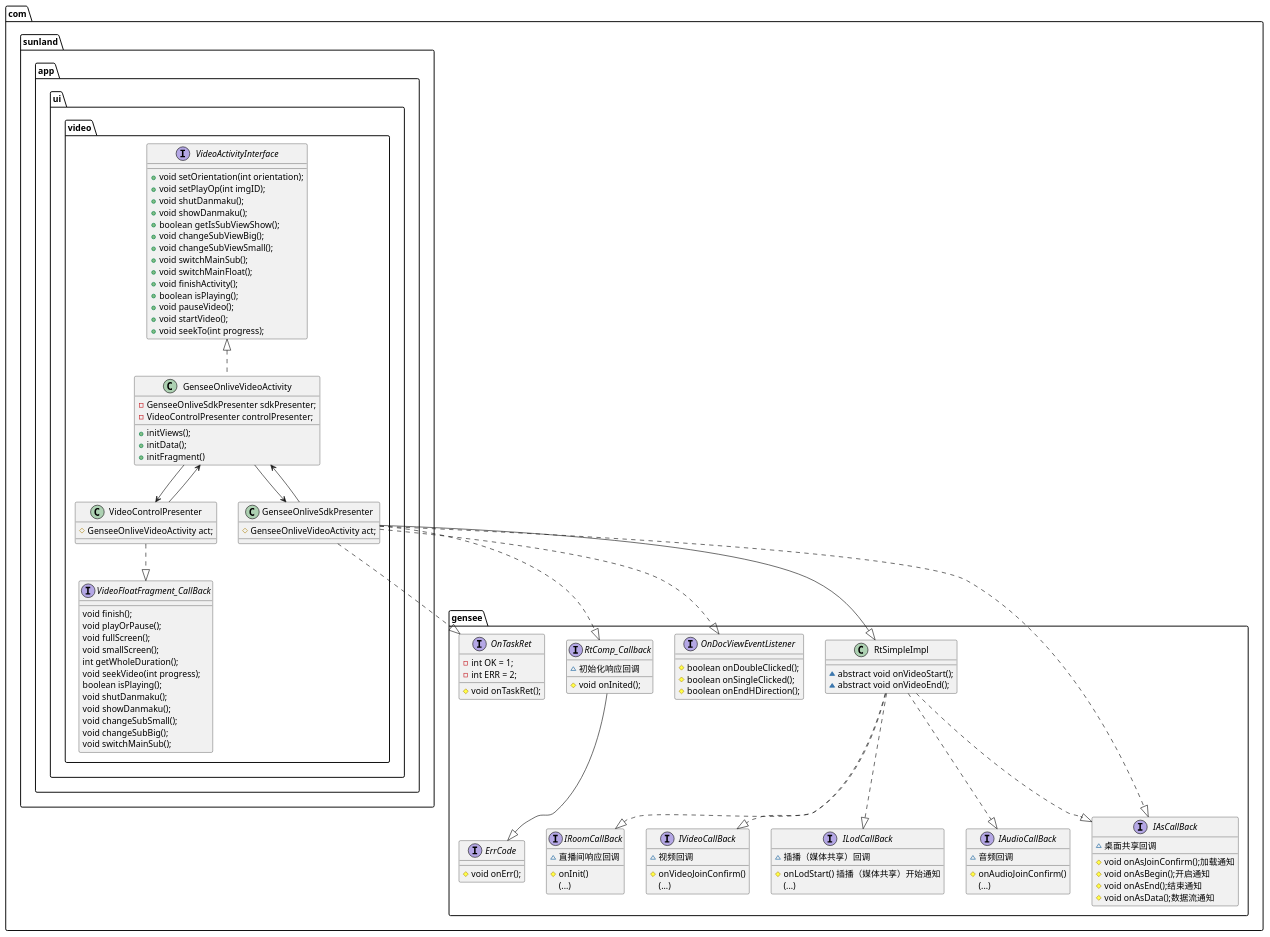
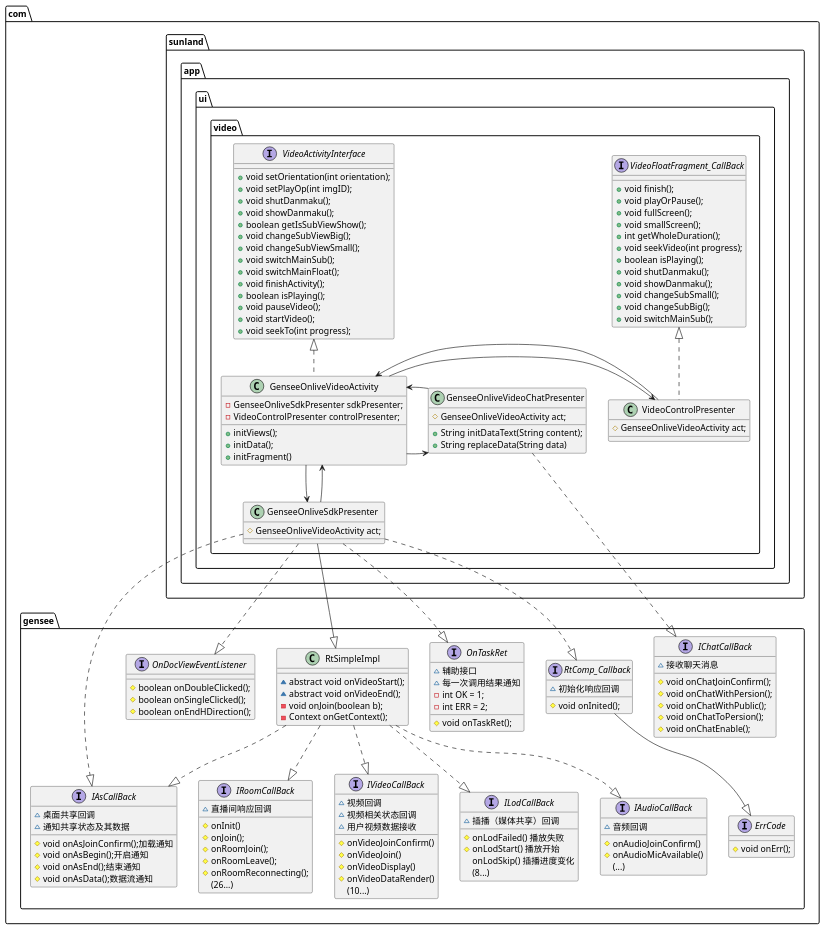
One commit to nvgtor/res changed the diagram in GenseeOnliveVideoActivity.puml. Above: the diagram before and after it, drawn with PlantUML. The commit also changed 1 other file, not shown here.

Commit message:
live video

```diff
--- a/GenseeOnliveVideoActivity.puml
+++ b/GenseeOnliveVideoActivity.puml
@@ -1,130 +1,166 @@
 @startuml
 
 package com.gensee{
 class RtSimpleImpl{
 ~abstract void onVideoStart();
 ~abstract void onVideoEnd();
+-void onJoin(boolean b);
+-Context onGetContext();
 }
 interface IRoomCallBack{
  ~直播间响应回调
  #onInit()
- (...)
+ #onJoin();
+ #onRoomJoin();
+ #onRoomLeave();
+ #onRoomReconnecting();
+ (26...)
 }
 interface IVideoCallBack{
 ~视频回调
+~视频相关状态回调
+~用户视频数据接收
 #onVideoJoinConfirm()
-(...)
+#onVideoJoin()
+#onVideoDisplay()
+#onVideoDataRender()
+(10...)
 }
 interface ILodCallBack{
 ~插播（媒体共享）回调
-#onLodStart() 插播（媒体共享）开始通知
-(...)
+#onLodFailed() 播放失败
+#onLodStart() 播放开始
+onLodSkip() 插播进度变化
+(8...)
 }
 interface IAudioCallBack{
 ~音频回调
 #onAudioJoinConfirm()
+#onAudioMicAvailable()
 (...)
 }
 
 interface OnDocViewEventListener {
     #boolean onDoubleClicked();
     #boolean onSingleClicked();
     #boolean onEndHDirection();
 }
 interface ErrCode{
     #void onErr();
 }
 interface RtComp_Callback{
     ~初始化响应回调
     #void onInited();
 }
 interface OnTaskRet {
+    ~辅助接口
+    ~每一次调用结果通知
     -int OK = 1;
     -int ERR = 2;
     #void onTaskRet();
 }
 
 interface IAsCallBack {
     ~桌面共享回调
+    ~通知共享状态及其数据
     #void onAsJoinConfirm();加载通知
     #void onAsBegin();开启通知
     #void onAsEnd();结束通知
     #void onAsData();数据流通知
+}
+
+interface IChatCallBack {
+    ~接收聊天消息
+    #void onChatJoinConfirm();
+    #void onChatWithPersion();
+    #void onChatWithPublic();
+    #void onChatToPersion();
+    #void onChatEnable();
 }
 
 }
 
 package com.sunland.app.ui.video{
 interface VideoActivityInterface {
     +void setOrientation(int orientation);
     +void setPlayOp(int imgID);
     +void shutDanmaku();
     +void showDanmaku();
     +boolean getIsSubViewShow();
     +void changeSubViewBig();
     +void changeSubViewSmall();
     +void switchMainSub();
     +void switchMainFloat();
     +void finishActivity();
     +boolean isPlaying();
     +void pauseVideo();
     +void startVideo();
     +void seekTo(int progress);
 }
 class GenseeOnliveVideoActivity{
     -GenseeOnliveSdkPresenter sdkPresenter;
     -VideoControlPresenter controlPresenter;
     +initViews();
     +initData();
     +initFragment()
 }
 
 class GenseeOnliveSdkPresenter{
 #GenseeOnliveVideoActivity act;
 }
 
+class GenseeOnliveVideoChatPresenter{
+#GenseeOnliveVideoActivity act;
++String initDataText(String content);
++String replaceData(String data)
+}
+
 class VideoControlPresenter{
 #GenseeOnliveVideoActivity act;
 }
 
 interface VideoFloatFragment_CallBack {
-        void finish();
-        void playOrPause();
-        void fullScreen();
-        void smallScreen();
-        int getWholeDuration();
-        void seekVideo(int progress);
-        boolean isPlaying();
-        void shutDanmaku();
-        void showDanmaku();
-        void changeSubSmall();
-        void changeSubBig();
-        void switchMainSub();
+        +void finish();
+        +void playOrPause();
+        +void fullScreen();
+        +void smallScreen();
+        +int getWholeDuration();
+        +void seekVideo(int progress);
+        +boolean isPlaying();
+        +void shutDanmaku();
+        +void showDanmaku();
+        +void changeSubSmall();
+        +void changeSubBig();
+        +void switchMainSub();
     }
 
 }
+GenseeOnliveVideoActivity .up.|> VideoActivityInterface
+GenseeOnliveVideoActivity -down->GenseeOnliveSdkPresenter
+GenseeOnliveVideoActivity -right->VideoControlPresenter
+GenseeOnliveVideoActivity-left->GenseeOnliveVideoChatPresenter
 
-VideoActivityInterface <|.. GenseeOnliveVideoActivity
-GenseeOnliveVideoActivity-->GenseeOnliveSdkPresenter
 GenseeOnliveSdkPresenter-->GenseeOnliveVideoActivity
-GenseeOnliveVideoActivity --> VideoControlPresenter
-VideoControlPresenter --> GenseeOnliveVideoActivity
-VideoControlPresenter ..|> VideoFloatFragment_CallBack
+GenseeOnliveVideoChatPresenter-->GenseeOnliveVideoActivity
+VideoControlPresenter-->GenseeOnliveVideoActivity
+
+VideoControlPresenter .up.|> VideoFloatFragment_CallBack
 
 RtSimpleImpl ..|> IRoomCallBack
 RtSimpleImpl ..|> IVideoCallBack
 RtSimpleImpl ..|> ILodCallBack
 RtSimpleImpl ..|> IAsCallBack
 RtSimpleImpl ..|> IAudioCallBack
 
 RtComp_Callback --|> ErrCode
 GenseeOnliveSdkPresenter --|> RtSimpleImpl
 GenseeOnliveSdkPresenter ..|> IAsCallBack
 GenseeOnliveSdkPresenter ..|> OnDocViewEventListener
 GenseeOnliveSdkPresenter ..|> RtComp_Callback
 GenseeOnliveSdkPresenter ..|> OnTaskRet
 
+GenseeOnliveVideoChatPresenter..|>IChatCallBack
 
 
 
 @enduml
```
